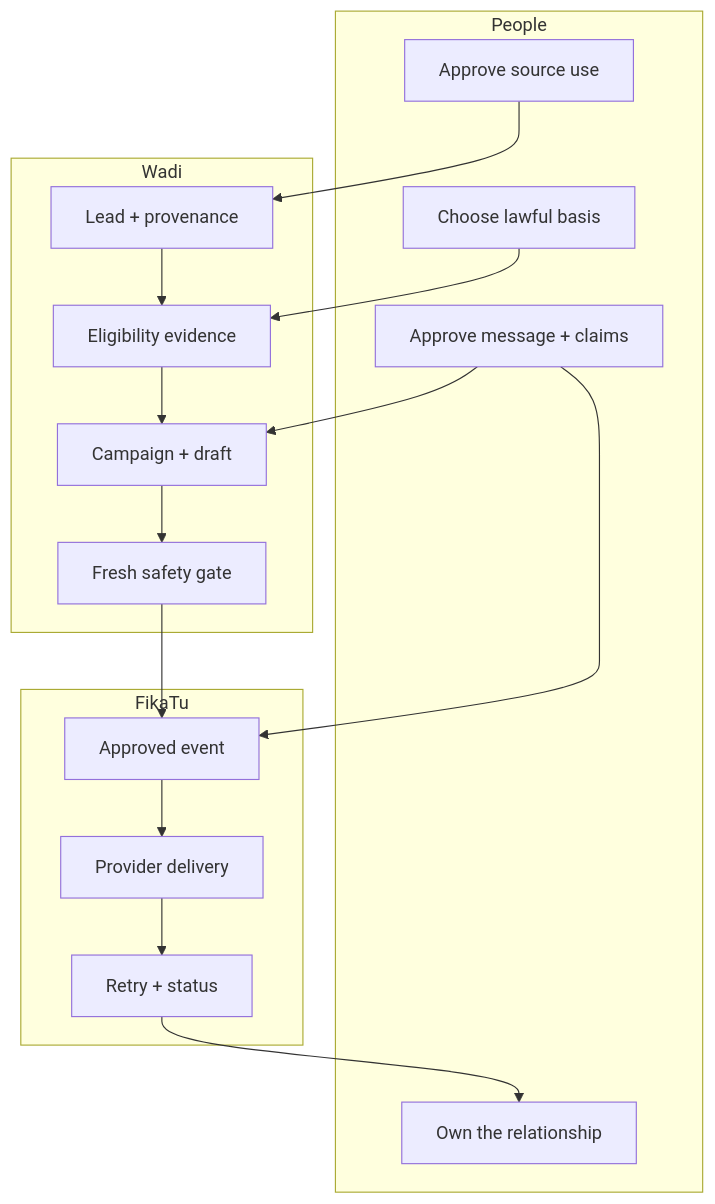
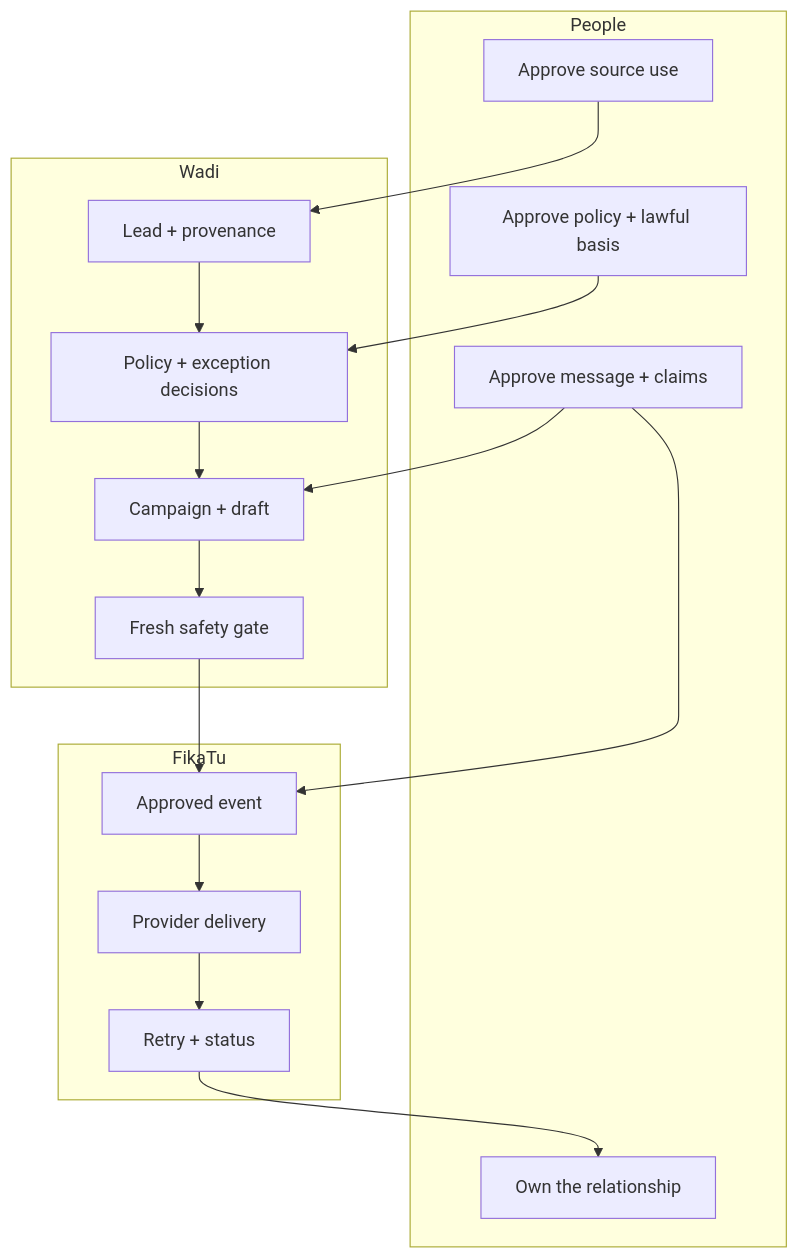
One commit to Herman-Gathege/webloom-sales-engine changed the fourth of 7 diagrams in docs/full-wadi-documentation.md. Above: the diagram before and after it, drawn with Mermaid. The commit also changed other lines of this file and 60 other files, not shown here.

Commit message:
feat: activate policy eligibility and close Sprint 4

````diff
--- a/docs/full-wadi-documentation.md
+++ b/docs/full-wadi-documentation.md
@@ -127,33 +128,33 @@
 ```mermaid
 flowchart TB
     subgraph PEOPLE[People]
         P1[Approve source use]
-        P2[Choose lawful basis]
+        P2[Approve policy + lawful basis]
         P3[Approve message + claims]
         P4[Own the relationship]
     end
 
     subgraph WADI[Wadi]
         W1[Lead + provenance]
-        W2[Eligibility evidence]
+        W2[Policy + exception decisions]
         W3[Campaign + draft]
         W4[Fresh safety gate]
     end
 
     subgraph FIKATU[FikaTu]
         F1[Approved event]
         F2[Provider delivery]
         F3[Retry + status]
     end
 
     P1 --> W1
     W1 --> W2
     P2 --> W2
     W2 --> W3
     P3 --> W3
     W3 --> W4
     P3 --> F1
     W4 --> F1
     F1 --> F2 --> F3
     F3 --> P4
 ```
````
